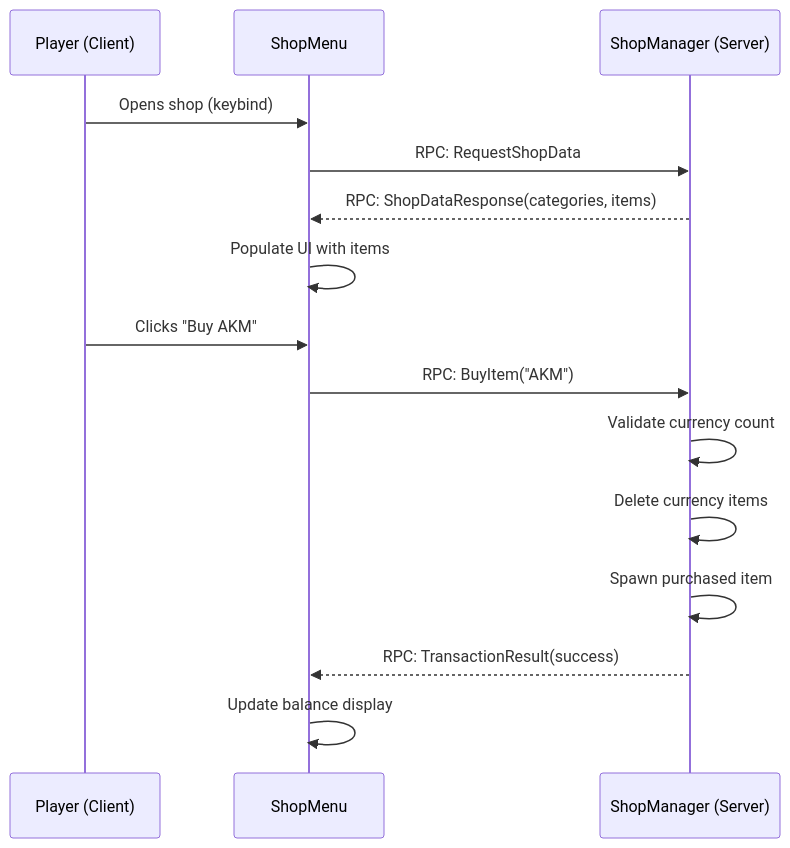
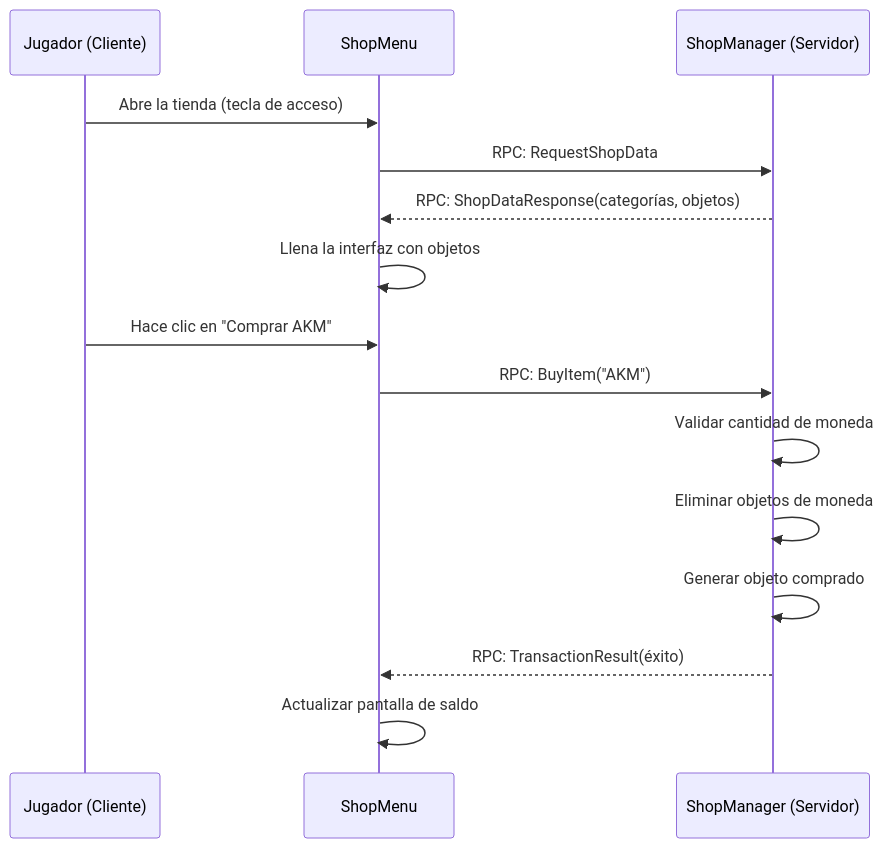
One commit to StarDZ-Team/DayZ-Modding-Wiki changed the diagram in es/08-tutorials/12-trading-system.md. Above: the diagram before and after it, drawn with Mermaid. The commit also changed other lines of this file and 9 other files, not shown here.

````diff
--- a/es/08-tutorials/12-trading-system.md
+++ b/es/08-tutorials/12-trading-system.md
@@ -33,18 +33,18 @@
 ```mermaid
 sequenceDiagram
-    participant P as Player (Client)
+    participant P as Jugador (Cliente)
     participant UI as ShopMenu
-    participant S as ShopManager (Server)
+    participant S as ShopManager (Servidor)
 
-    P->>UI: Opens shop (keybind)
+    P->>UI: Abre la tienda (tecla de acceso)
     UI->>S: RPC: RequestShopData
-    S-->>UI: RPC: ShopDataResponse(categories, items)
-    UI->>UI: Populate UI with items
-    P->>UI: Clicks "Buy AKM"
+    S-->>UI: RPC: ShopDataResponse(categorías, objetos)
+    UI->>UI: Llena la interfaz con objetos
+    P->>UI: Hace clic en "Comprar AKM"
     UI->>S: RPC: BuyItem("AKM")
-    S->>S: Validate currency count
-    S->>S: Delete currency items
-    S->>S: Spawn purchased item
-    S-->>UI: RPC: TransactionResult(success)
-    UI->>UI: Update balance display
+    S->>S: Validar cantidad de moneda
+    S->>S: Eliminar objetos de moneda
+    S->>S: Generar objeto comprado
+    S-->>UI: RPC: TransactionResult(éxito)
+    UI->>UI: Actualizar pantalla de saldo
 ```
````
